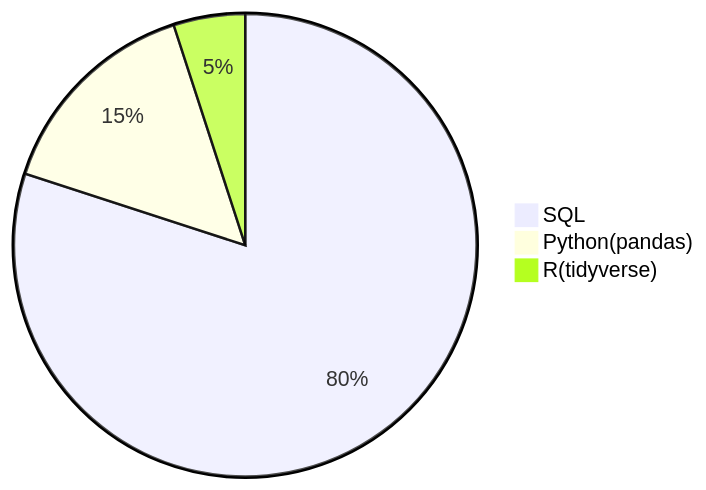
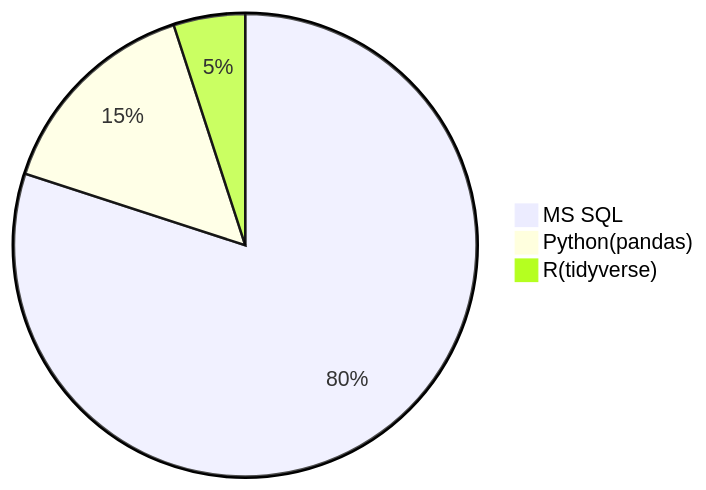
One commit to KonstantinRyabov/KonstantinRyabov changed the diagram in README.md. Above: the diagram before and after it, drawn with Mermaid.

````diff
--- a/README.md
+++ b/README.md
@@ -8,6 +8,6 @@
 ```mermaid
  pie
-   "SQL" : 80
+   "MS SQL" : 80
    "Python(pandas)" : 15
    "R(tidyverse)" : 5 
 ```
````
